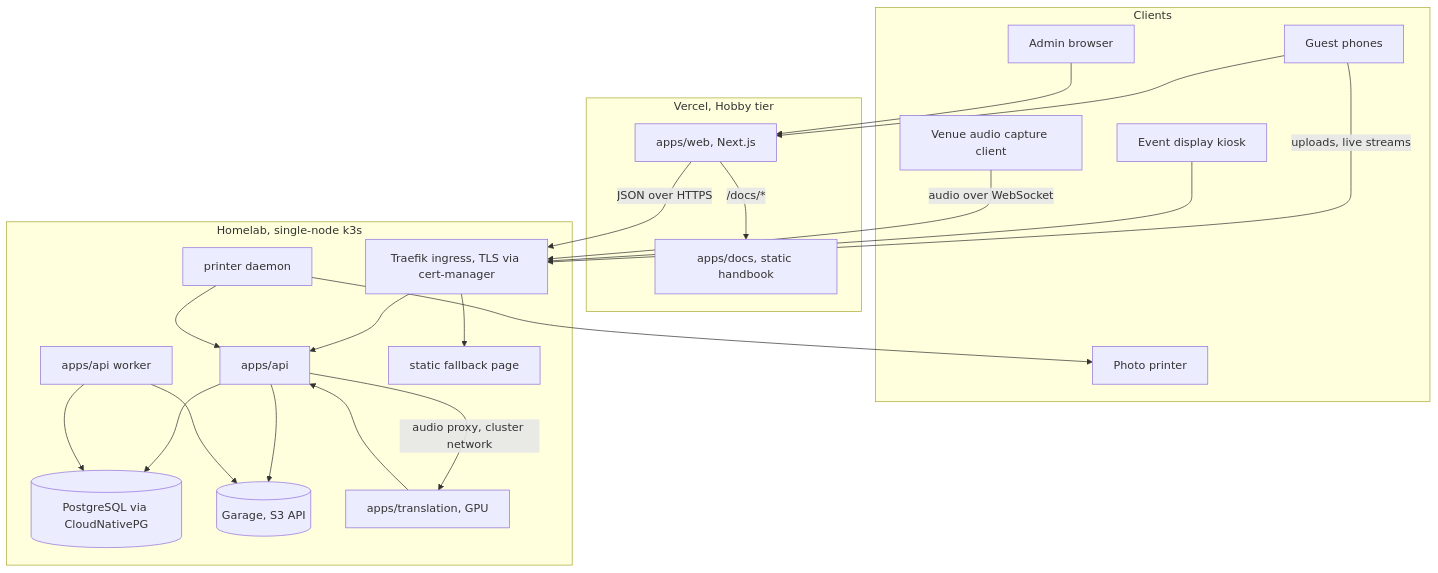
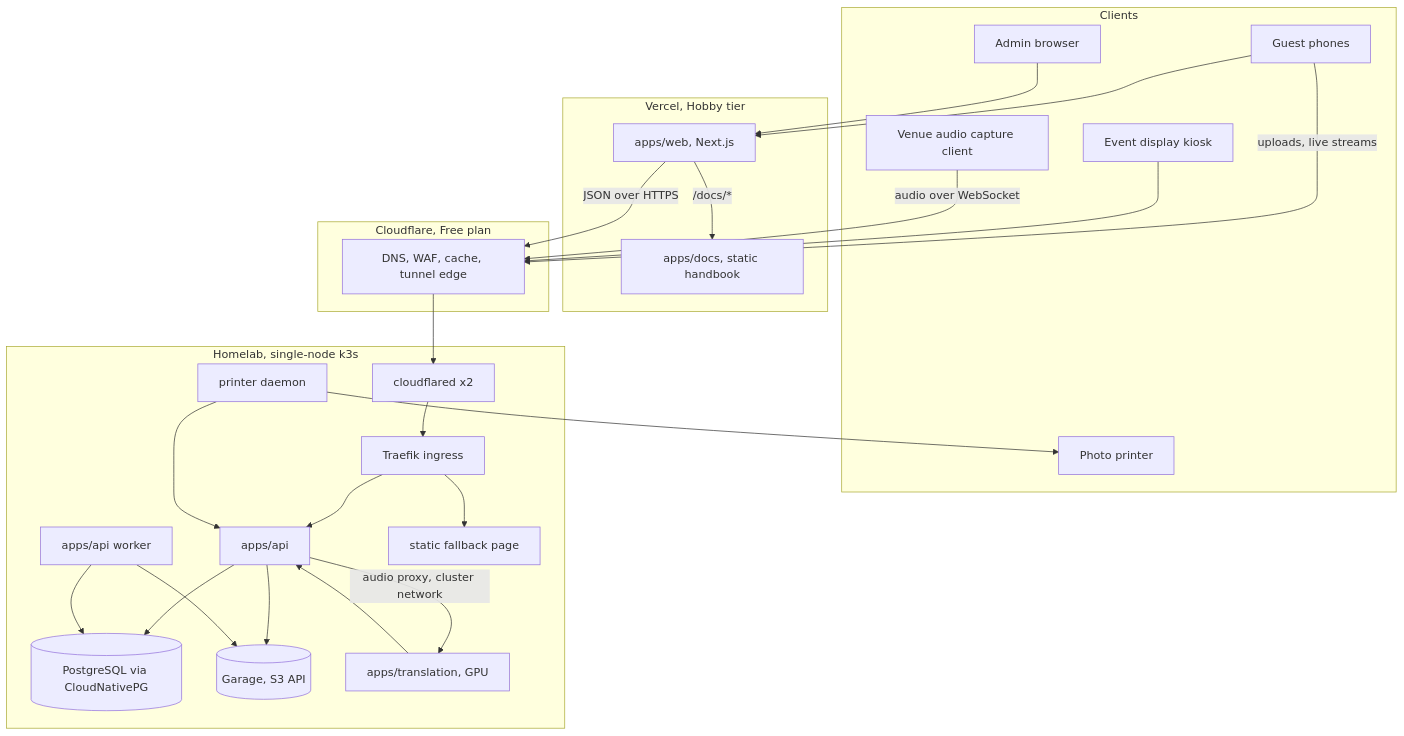
One commit to fuisl/vgu-graduation changed the diagram in docs/architecture/target/system-context.md. Above: the diagram before and after it, drawn with Mermaid. The commit also changed other lines of this file and 16 other files, not shown here.

First line of the commit message:
Revert "docs: ADR-009, direct home network exposure, no Cloudflare Tunnel"

````diff
--- a/docs/architecture/target/system-context.md
+++ b/docs/architecture/target/system-context.md
@@ -3,41 +3,46 @@
 ```mermaid
 flowchart TB
   subgraph clients ["Clients"]
     Guest["Guest phones"]
     Admin["Admin browser"]
     AV["Venue audio capture client"]
     Kiosk["Event display kiosk"]
     Printer["Photo printer"]
   end
   subgraph edge ["Vercel, Hobby tier"]
     Web["apps/web, Next.js"]
     Docs["apps/docs, static handbook"]
   end
+  subgraph cf ["Cloudflare, Free plan"]
+    CFEdge["DNS, WAF, cache, tunnel edge"]
+  end
   subgraph k3s ["Homelab, single-node k3s"]
-    Traefik["Traefik ingress, TLS via cert-manager"]
+    CFD["cloudflared x2"]
+    Traefik["Traefik ingress"]
     API["apps/api"]
     Worker["apps/api worker"]
     PG[("PostgreSQL via CloudNativePG")]
     Garage[("Garage, S3 API")]
     Trans["apps/translation, GPU"]
     PrintD["printer daemon"]
     Fallback["static fallback page"]
   end
   Guest --> Web
   Admin --> Web
   Web -- "/docs/*" --> Docs
-  Web -- "JSON over HTTPS" --> Traefik
-  Guest -- "uploads, live streams" --> Traefik
-  Kiosk --> Traefik
+  Web -- "JSON over HTTPS" --> CFEdge
+  Guest -- "uploads, live streams" --> CFEdge
+  Kiosk --> CFEdge
+  CFEdge --> CFD --> Traefik
   Traefik --> API
   Traefik --> Fallback
   API --> PG
   API --> Garage
   Worker --> PG
   Worker --> Garage
-  AV -- "audio over WebSocket" --> Traefik
+  AV -- "audio over WebSocket" --> CFEdge
   API -- "audio proxy, cluster network" --> Trans
   Trans --> API
   PrintD --> API
   PrintD --> Printer
 ```
````
